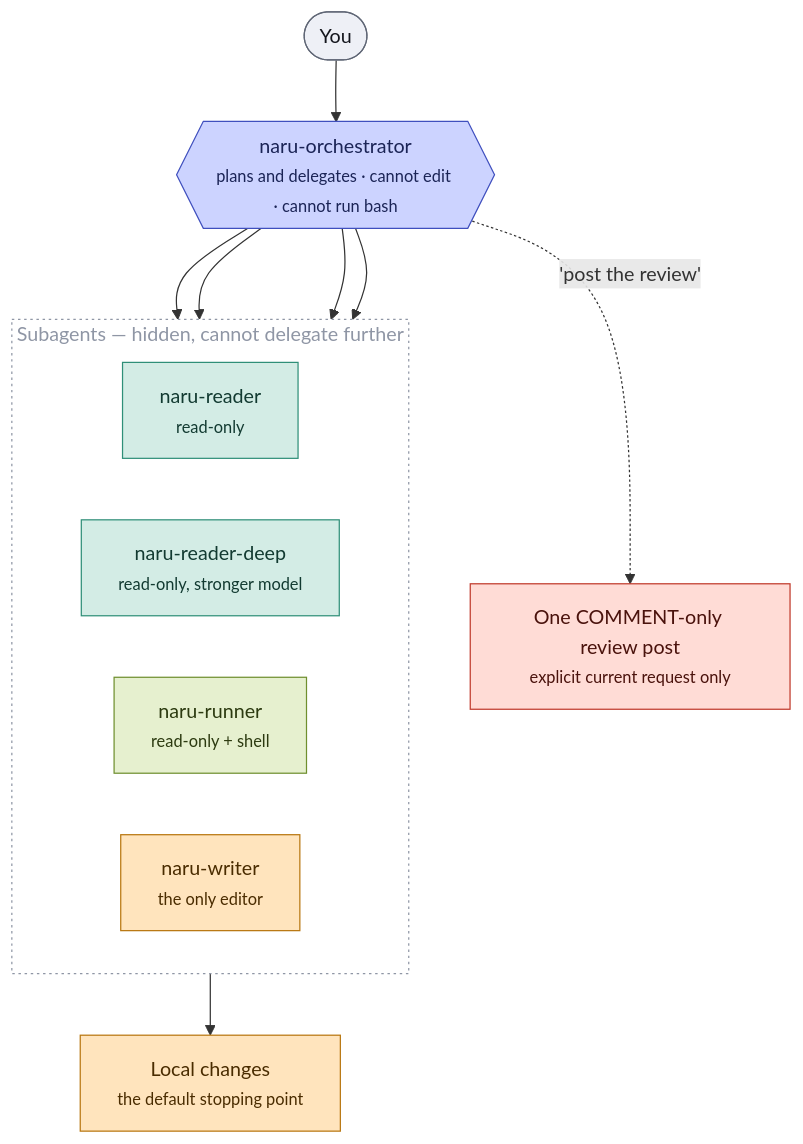
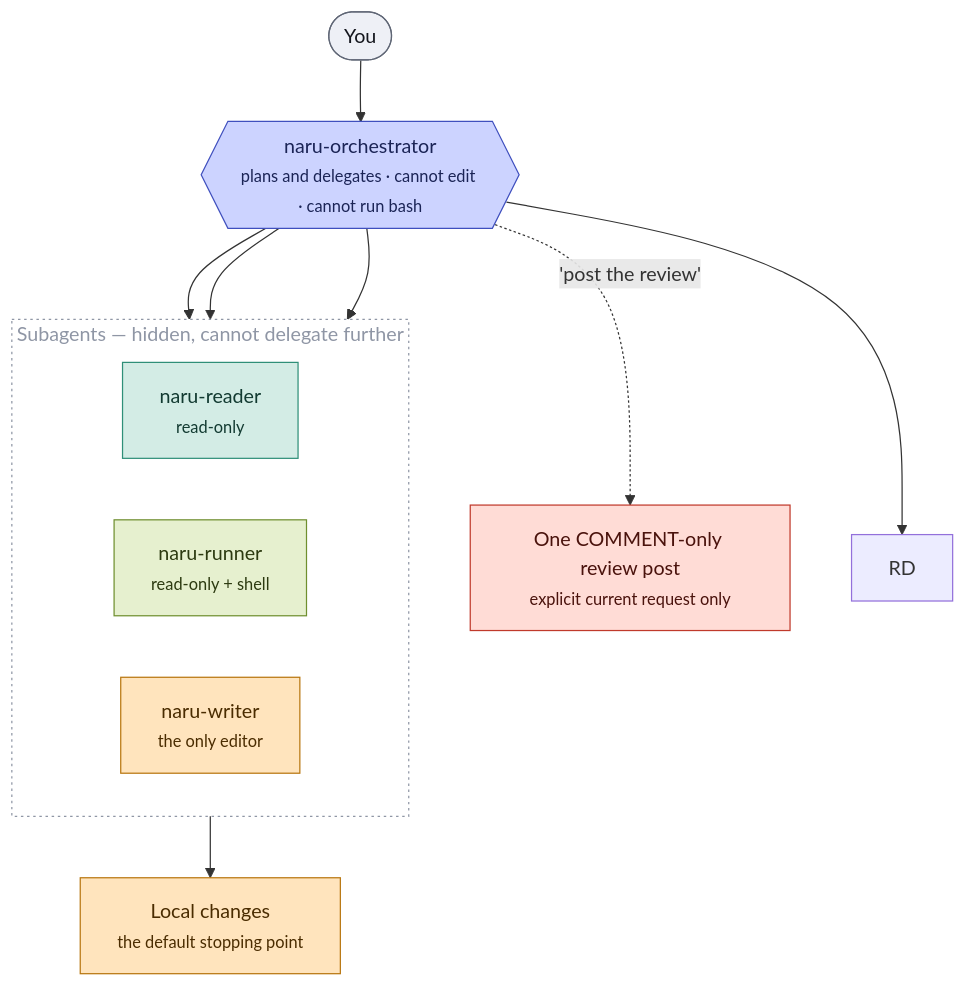
Before and after one commit to sean35mm/naru-opencode: the diagram in docs/user-guide.md, drawn with Mermaid. The commit also changed other lines of this file and 23 other files, not shown here.

````diff
--- a/docs/user-guide.md
+++ b/docs/user-guide.md
@@ -117,33 +117,32 @@
 ```mermaid
 flowchart TB
   U(["You"]):::actor
   ORC{{"naru-orchestrator<br/><small>plans and delegates · cannot edit · cannot run bash</small>"}}:::coord
 
   subgraph leaves["Subagents — hidden, cannot delegate further"]
     direction LR
     R["naru-reader<br/><small>read-only</small>"]:::read
-    RD["naru-reader-deep<br/><small>read-only, stronger model</small>"]:::read
     RUN["naru-runner<br/><small>read-only + shell</small>"]:::shell
     W["naru-writer<br/><small>the only editor</small>"]:::write
   end
 
   STOP["Local changes<br/><small>the default stopping point</small>"]:::write
   POST["One COMMENT-only review post<br/><small>explicit current request only</small>"]:::danger
 
   U --> ORC
   ORC --> R
   ORC --> RD
   ORC --> RUN
   ORC --> W
   W --> STOP
   ORC -.->|"'post the review'"| POST
 
   style leaves fill:none,stroke:#8f96a5,stroke-dasharray:2 3,color:#8f96a5
 
   classDef actor fill:#eef0f6,stroke:#5f6675,color:#14161d
   classDef coord fill:#ccd3ff,stroke:#3f4fbe,color:#1b2456
   classDef read fill:#d3ece5,stroke:#2f8f78,color:#123a31
   classDef shell fill:#e6f0cf,stroke:#6f8f2f,color:#2c3a10
   classDef write fill:#ffe4bd,stroke:#b8760f,color:#4a2c00
   classDef danger fill:#ffdcd6,stroke:#c0392b,color:#4a120c
 ```
````
